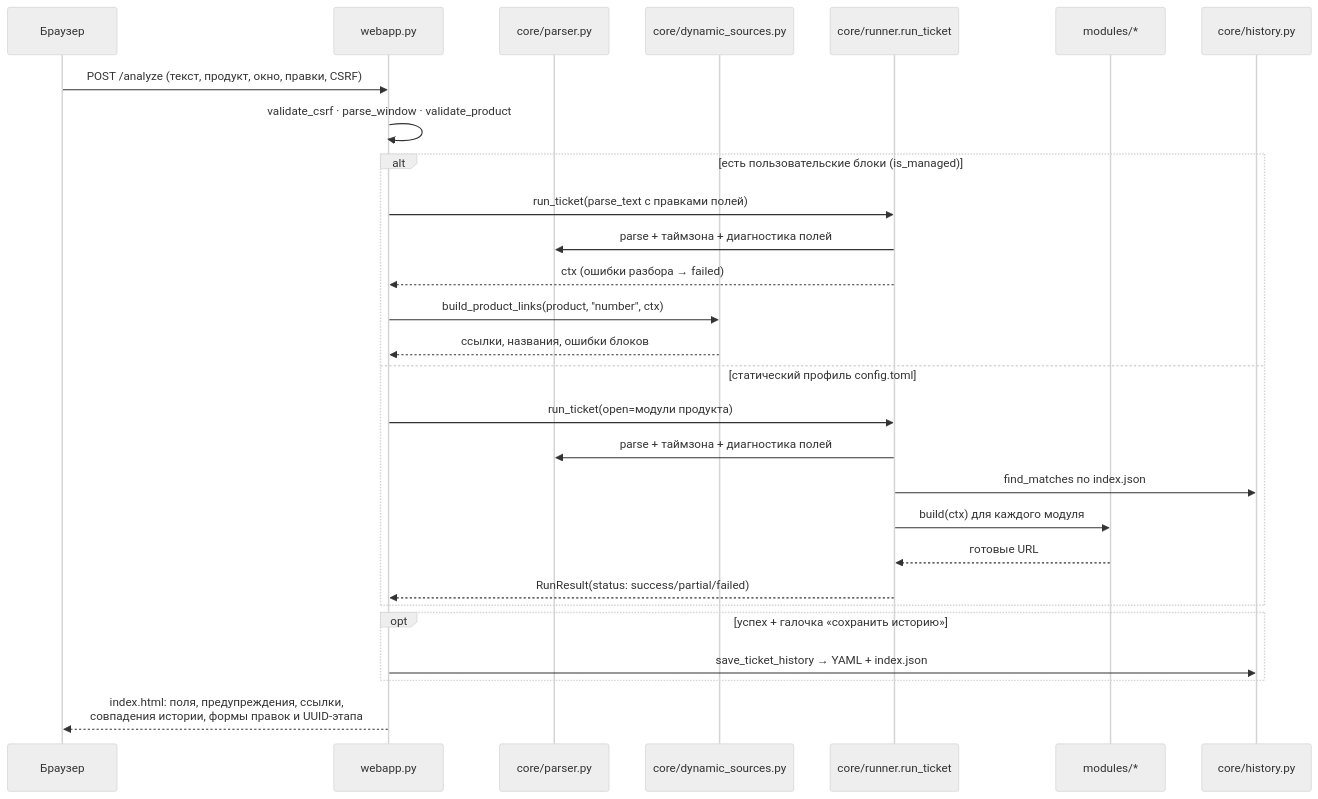
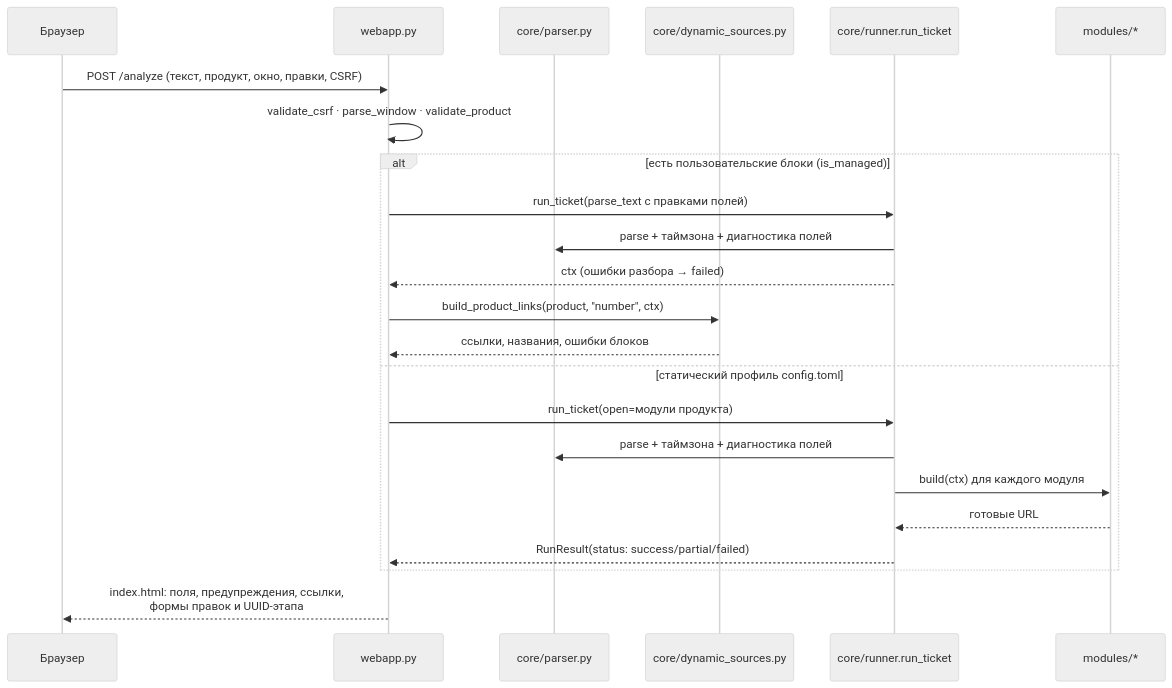
The fourth of 12 diagrams in docs/ARCHITECTURE.md (shifter1710/l2tool), drawn with Mermaid (neutral theme) before and after one commit. The commit also changed other lines of this file and 26 other files, not shown here.

````diff
--- a/docs/ARCHITECTURE.md
+++ b/docs/ARCHITECTURE.md
@@ -139,31 +136,26 @@
 ```mermaid
 sequenceDiagram
     participant B as Браузер
     participant W as webapp.py
     participant P as core/parser.py
     participant D as core/dynamic_sources.py
     participant G as core/runner.run_ticket
     participant M as modules/*
-    participant H as core/history.py
 
     B->>W: POST /analyze (текст, продукт, окно, правки, CSRF)
     W->>W: validate_csrf · parse_window · validate_product
     alt есть пользовательские блоки (is_managed)
         W->>G: run_ticket(parse_text с правками полей)
         G->>P: parse + таймзона + диагностика полей
         G-->>W: ctx (ошибки разбора → failed)
         W->>D: build_product_links(product, "number", ctx)
         D-->>W: ссылки, названия, ошибки блоков
     else статический профиль config.toml
         W->>G: run_ticket(open=модули продукта)
         G->>P: parse + таймзона + диагностика полей
-        G->>H: find_matches по index.json
         G->>M: build(ctx) для каждого модуля
         M-->>G: готовые URL
         G-->>W: RunResult(status: success/partial/failed)
     end
-    opt успех + галочка «сохранить историю»
-        W->>H: save_ticket_history → YAML + index.json
-    end
-    W-->>B: index.html: поля, предупреждения, ссылки,<br/>совпадения истории, формы правок и UUID-этапа
+    W-->>B: index.html: поля, предупреждения, ссылки,<br/>формы правок и UUID-этапа
 ```
````
